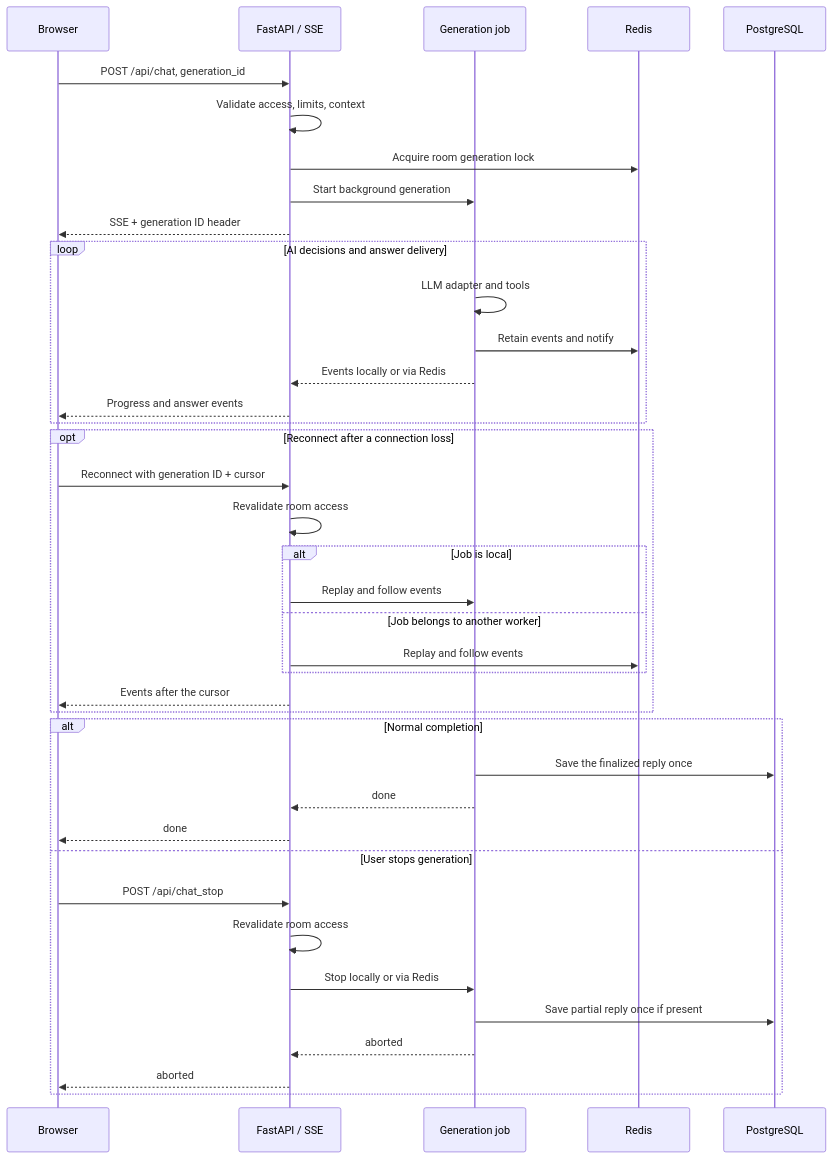
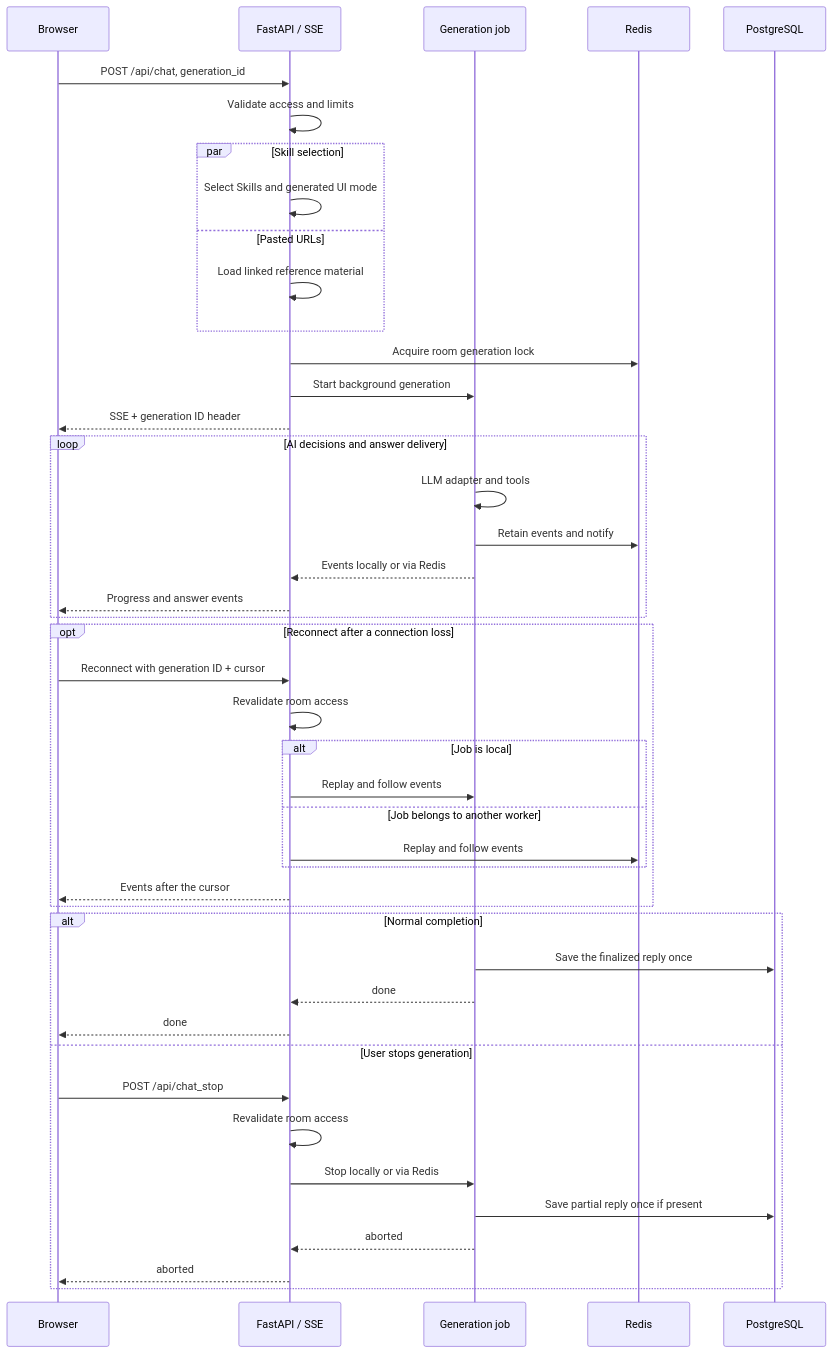
Before and after one commit to kota-kawa/ChatCore-AI: the third of 8 diagrams in README.md, drawn with Mermaid. The commit also changed other lines of this file and 4 other files, not shown here.

Commit message:
貼り付けURLの取得とSkill判定を並行する / Overlap pasted URL fetching with Skill selection

````diff
--- a/README.md
+++ b/README.md
@@ -119,42 +119,47 @@
 ```mermaid
 sequenceDiagram
     participant Browser
     participant API as FastAPI / SSE
     participant Job as Generation job
     participant Redis
     participant DB as PostgreSQL
 
     Browser->>API: POST /api/chat, generation_id
-    API->>API: Validate access, limits, context
+    API->>API: Validate access and limits
+    par Skill selection
+        API->>API: Select Skills and generated UI mode
+    and Pasted URLs
+        API->>API: Load linked reference material
+    end
     API->>Redis: Acquire room generation lock
     API->>Job: Start background generation
     API-->>Browser: SSE + generation ID header
     loop AI decisions and answer delivery
         Job->>Job: LLM adapter and tools
         Job->>Redis: Retain events and notify
         Job-->>API: Events locally or via Redis
         API-->>Browser: Progress and answer events
     end
     opt Reconnect after a connection loss
         Browser->>API: Reconnect with generation ID + cursor
         API->>API: Revalidate room access
         alt Job is local
             API->>Job: Replay and follow events
         else Job belongs to another worker
             API->>Redis: Replay and follow events
         end
         API-->>Browser: Events after the cursor
     end
     alt Normal completion
         Job->>DB: Save the finalized reply once
         Job-->>API: done
         API-->>Browser: done
     else User stops generation
         Browser->>API: POST /api/chat_stop
         API->>API: Revalidate room access
         API->>Job: Stop locally or via Redis
         Job->>DB: Save partial reply once if present
         Job-->>API: aborted
         API-->>Browser: aborted
     end
 ```
````
